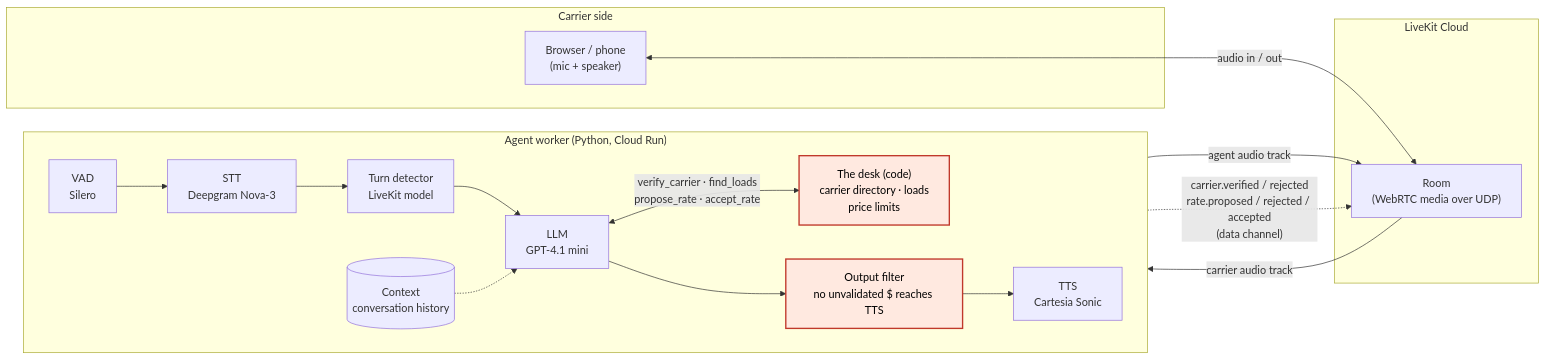
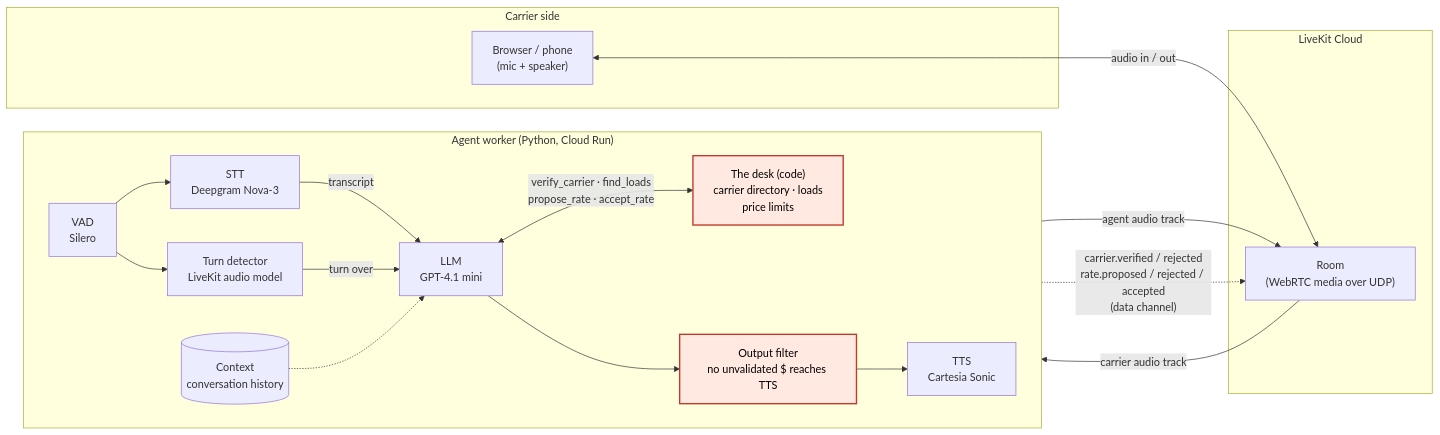
One commit to JSebastianIEU/voice-freight-negotiator changed the diagram in docs/diagrams/01-system-architecture.mmd. Above: the diagram before and after it, drawn with Mermaid. The commit also changed 4 other files, not shown here.

First line of the commit message:
docs: the turn detector listens to the audio, not the transcript

```diff
--- a/docs/diagrams/01-system-architecture.mmd
+++ b/docs/diagrams/01-system-architecture.mmd
@@ -1,28 +1,29 @@
 %% System architecture: who talks to whom, and what runs inside the agent process.
 flowchart LR
     subgraph client["Carrier side"]
         B["Browser / phone<br/>(mic + speaker)"]
     end
 
     subgraph lk["LiveKit Cloud"]
         R["Room<br/>(WebRTC media over UDP)"]
     end
 
     subgraph worker["Agent worker (Python, Cloud Run)"]
         direction LR
         VAD["VAD<br/>Silero"] --> STT["STT<br/>Deepgram Nova-3"]
-        STT --> TD["Turn detector<br/>LiveKit model"]
-        TD --> LLM["LLM<br/>GPT-4.1 mini"]
+        VAD --> TD["Turn detector<br/>LiveKit audio model"]
+        STT -->|"transcript"| LLM["LLM<br/>GPT-4.1 mini"]
+        TD -->|"turn over"| LLM
         LLM <-->|"verify_carrier · find_loads<br/>propose_rate · accept_rate"| PG["The desk (code)<br/>carrier directory · loads<br/>price limits"]
         LLM --> OF["Output filter<br/>no unvalidated $ reaches TTS"]
         OF --> TTS["TTS<br/>Cartesia Sonic"]
         CTX[("Context<br/>conversation history")] -.-> LLM
     end
 
     B <-->|"audio in / out"| R
     R -->|"carrier audio track"| VAD
     TTS -->|"agent audio track"| R
     PG -.->|"carrier.verified / rejected<br/>rate.proposed / rejected / accepted<br/>(data channel)"| R
 
     classDef guard fill:#ffe9e0,stroke:#c0392b,stroke-width:2px,color:#000;
     class PG,OF guard;
```
